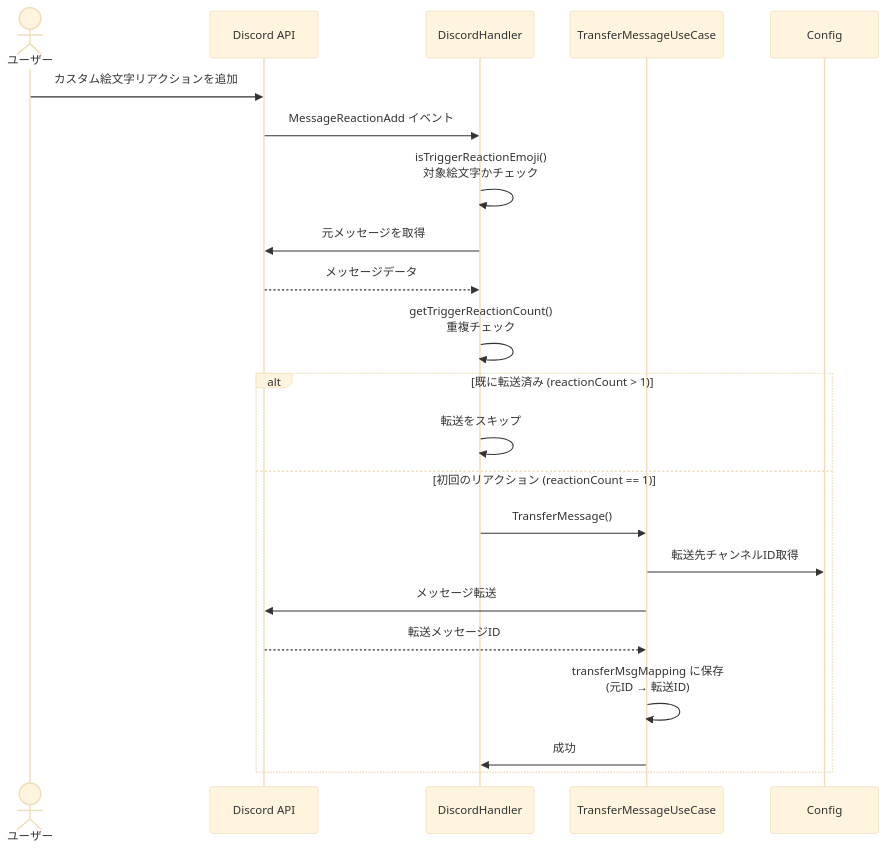
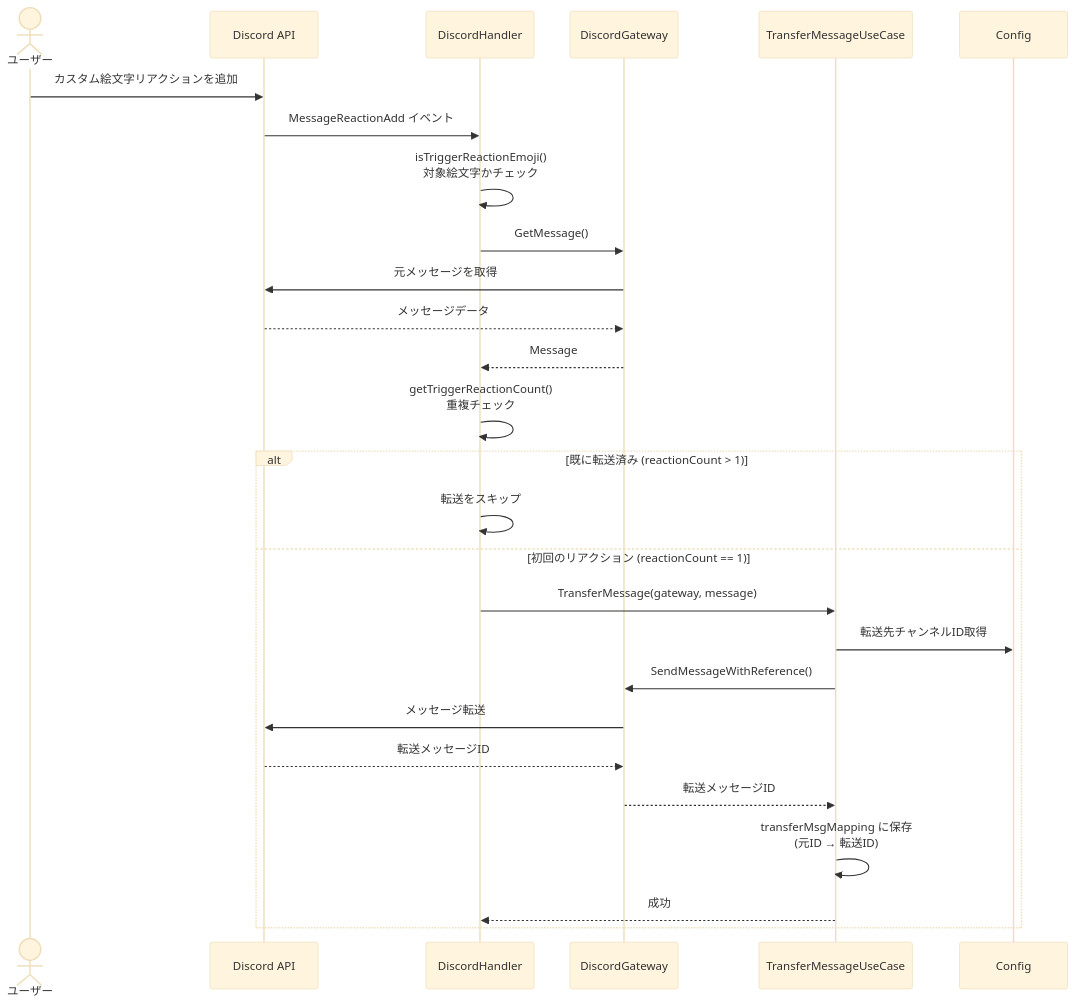
Before and after one commit to TECH-C-InTech/reaction: the first of 2 diagrams in docs/flow.md, drawn with Mermaid (base theme). The commit also changed other lines of this file and 6 other files, not shown here.

````diff
--- a/docs/flow.md
+++ b/docs/flow.md
@@ -5,25 +5,30 @@
 ```mermaid
 sequenceDiagram
     actor User as ユーザー
     participant Discord as Discord API
     participant Handler as DiscordHandler
+    participant Gateway as DiscordGateway
     participant UseCase as TransferMessageUseCase
     participant Config as Config
 
     User->>Discord: カスタム絵文字リアクションを追加
     Discord->>Handler: MessageReactionAdd イベント
     Handler->>Handler: isTriggerReactionEmoji()<br/>対象絵文字かチェック
-    Handler->>Discord: 元メッセージを取得
-    Discord-->>Handler: メッセージデータ
+    Handler->>Gateway: GetMessage()
+    Gateway->>Discord: 元メッセージを取得
+    Discord-->>Gateway: メッセージデータ
+    Gateway-->>Handler: Message
     Handler->>Handler: getTriggerReactionCount()<br/>重複チェック
     alt 既に転送済み (reactionCount > 1)
         Handler->>Handler: 転送をスキップ
     else 初回のリアクション (reactionCount == 1)
-        Handler->>UseCase: TransferMessage()
+        Handler->>UseCase: TransferMessage(gateway, message)
         UseCase->>Config: 転送先チャンネルID取得
-        UseCase->>Discord: メッセージ転送
-        Discord-->>UseCase: 転送メッセージID
+        UseCase->>Gateway: SendMessageWithReference()
+        Gateway->>Discord: メッセージ転送
+        Discord-->>Gateway: 転送メッセージID
+        Gateway-->>UseCase: 転送メッセージID
         UseCase->>UseCase: transferMsgMapping に保存<br/>(元ID → 転送ID)
-        UseCase->>Handler: 成功
+        UseCase-->>Handler: 成功
     end
 ```
````
